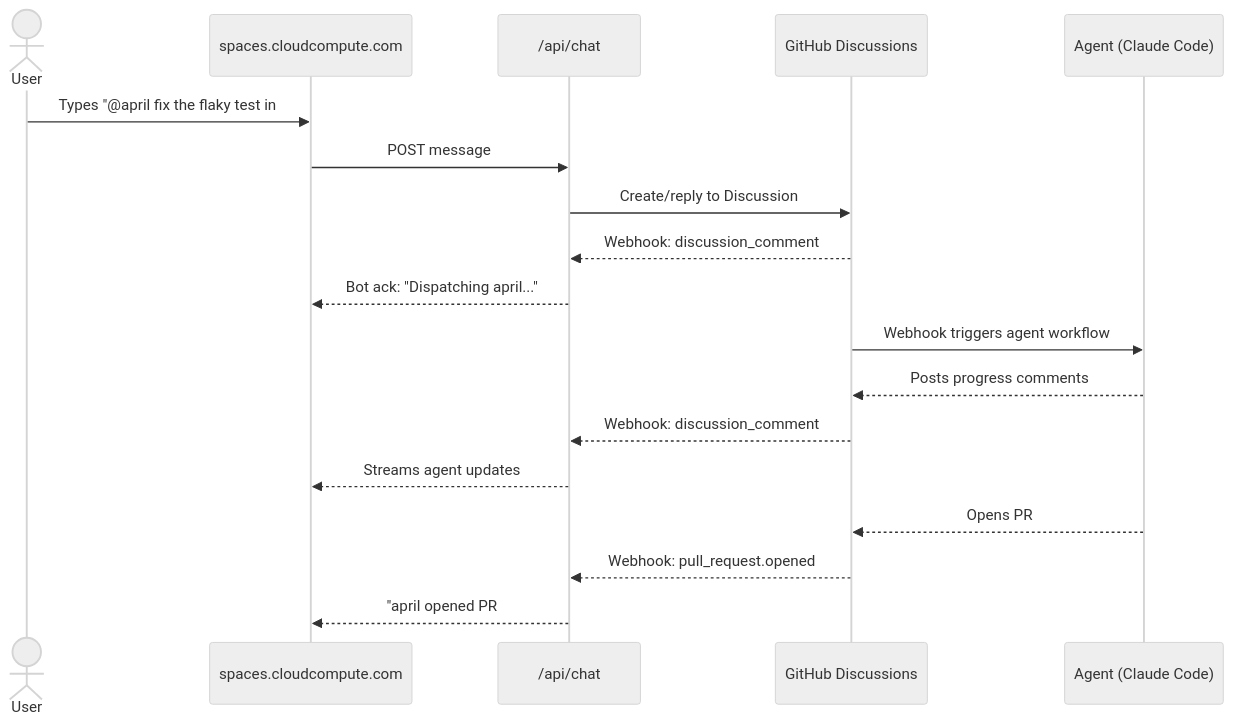
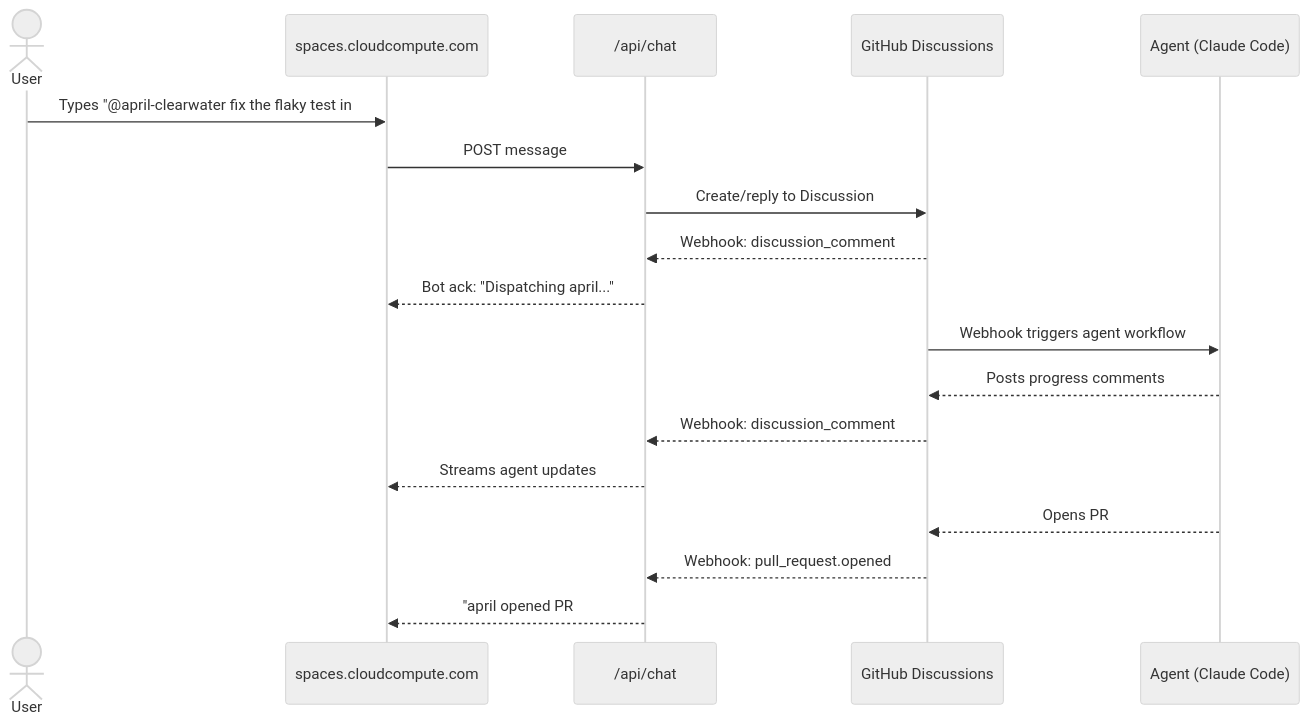
The first of 3 diagrams in docs/design/user-stories.md (fairchild/workspaces), drawn with Mermaid (neutral theme) before and after one commit. The commit also changed other lines of this file and 15 other files, not shown here.

````diff
--- a/docs/design/user-stories.md
+++ b/docs/design/user-stories.md
@@ -17,21 +17,21 @@
 ```mermaid
 sequenceDiagram
     actor User
     participant Dashboard as spaces.cloudcompute.com
     participant API as /api/chat
     participant GH as GitHub Discussions
     participant Agent as Agent (Claude Code)
 
-    User->>Dashboard: Types "@april fix the flaky test in #234"
+    User->>Dashboard: Types "@april-clearwater fix the flaky test in #234"
     Dashboard->>API: POST message
     API->>GH: Create/reply to Discussion
     GH-->>API: Webhook: discussion_comment
     API-->>Dashboard: Bot ack: "Dispatching april..."
     GH->>Agent: Webhook triggers agent workflow
     Agent-->>GH: Posts progress comments
     GH-->>API: Webhook: discussion_comment
     API-->>Dashboard: Streams agent updates
     Agent-->>GH: Opens PR
     GH-->>API: Webhook: pull_request.opened
     API-->>Dashboard: "april opened PR #245"
 ```
````
